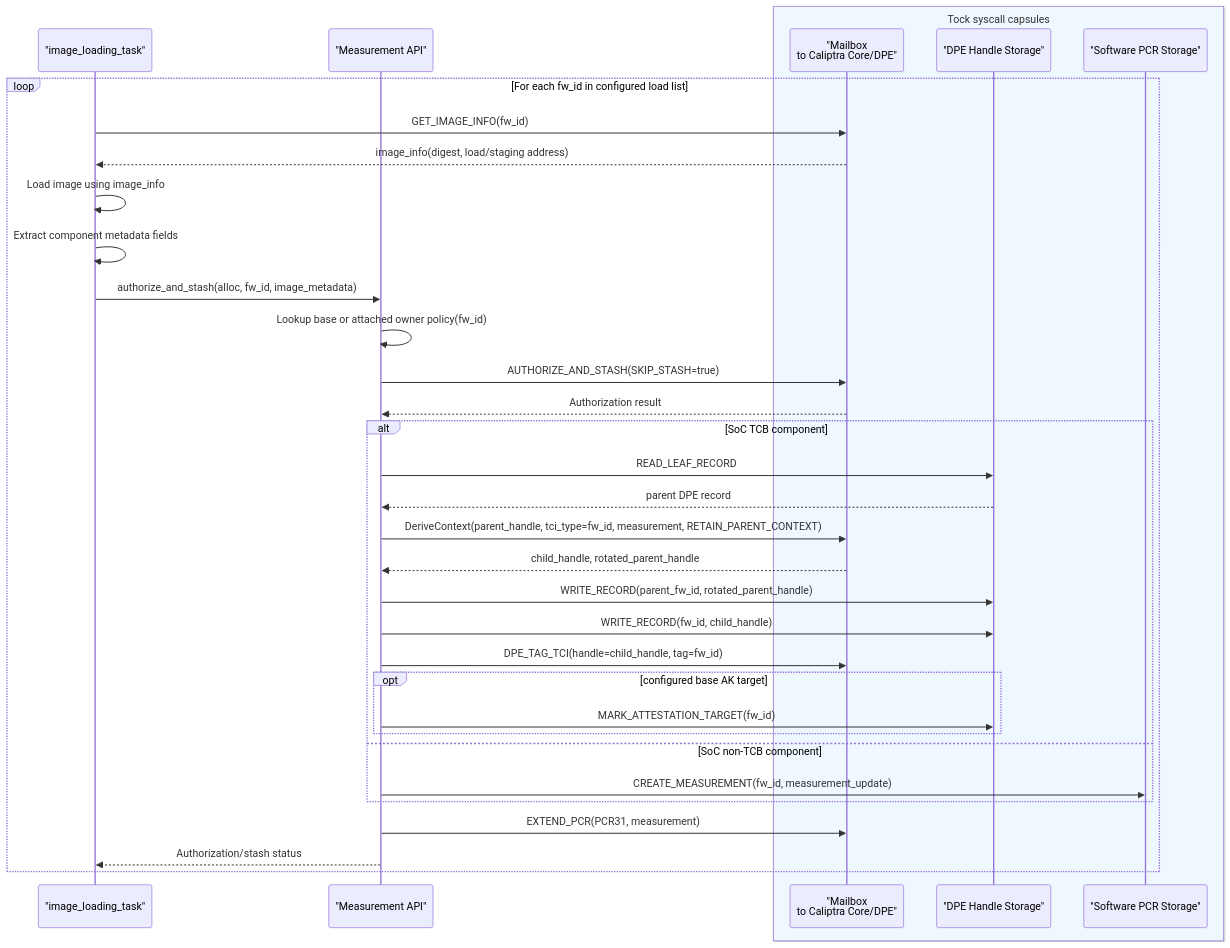
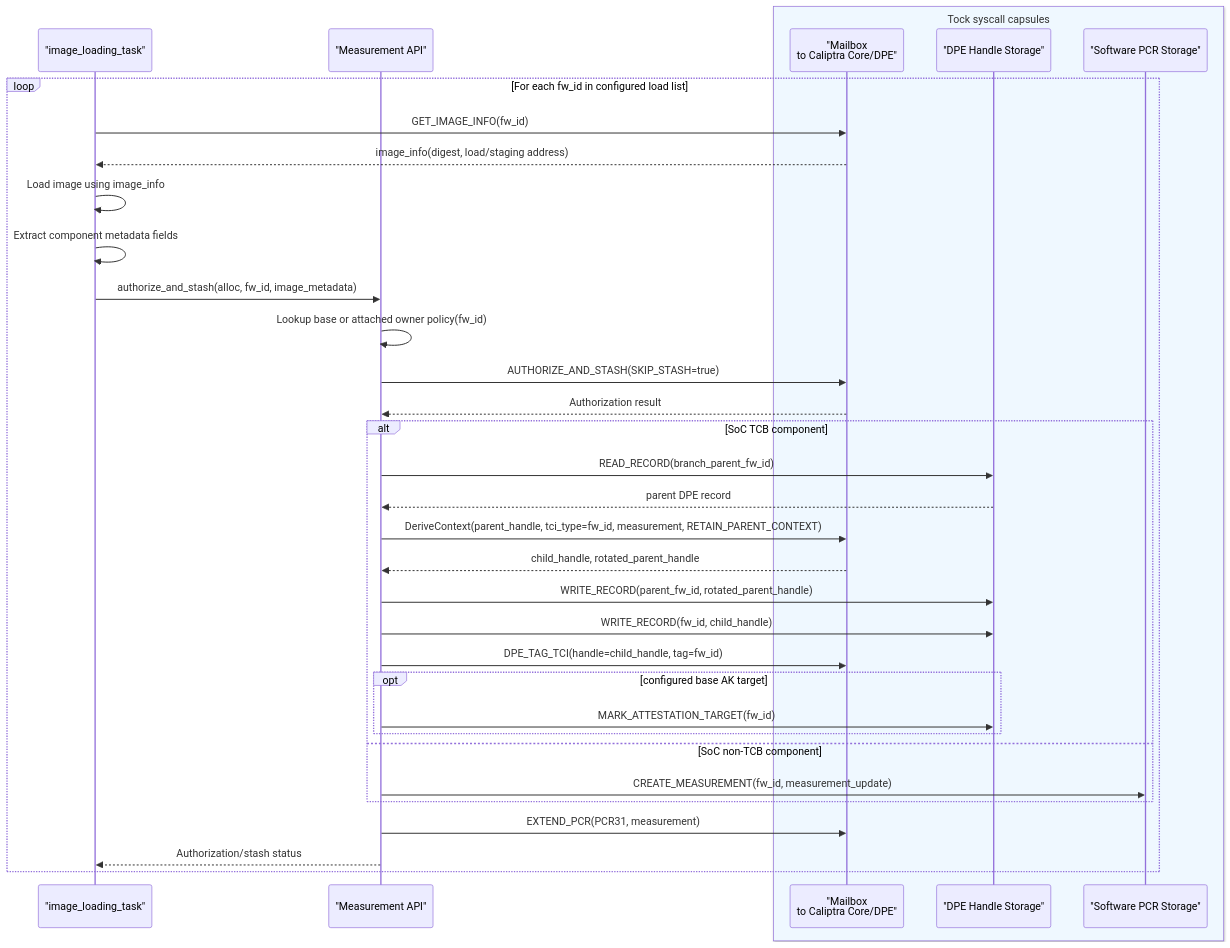
One commit to chipsalliance/caliptra-mcu-sw changed the third of 5 diagrams in docs/src/attestation-measurement-api.md. Above: the diagram before and after it, drawn with Mermaid. The commit also changed other lines of this file and 4 other files, not shown here.

````diff
--- a/docs/src/attestation-measurement-api.md
+++ b/docs/src/attestation-measurement-api.md
@@ -172,38 +173,38 @@
 ```mermaid
 sequenceDiagram
     participant Loader as "image_loading_task"
     participant MApi as "Measurement API"
     box rgb(239, 248, 255) Tock syscall capsules
         participant Mailbox as "Mailbox<br/>to Caliptra Core/DPE"
         participant DpeStore as "DPE Handle Storage"
         participant PcrStore as "Software PCR Storage"
     end
 
     loop For each fw_id in configured load list
         Loader->>Mailbox: GET_IMAGE_INFO(fw_id)
         Mailbox-->>Loader: image_info(digest, load/staging address)
         Loader->>Loader: Load image using image_info
         Loader->>Loader: Extract component metadata fields
         Loader->>MApi: authorize_and_stash(alloc, fw_id, image_metadata)
         MApi->>MApi: Lookup base or attached owner policy(fw_id)
         MApi->>Mailbox: AUTHORIZE_AND_STASH(SKIP_STASH=true)
         Mailbox-->>MApi: Authorization result
 
         alt SoC TCB component
-            MApi->>DpeStore: READ_LEAF_RECORD
+            MApi->>DpeStore: READ_RECORD(branch_parent_fw_id)
             DpeStore-->>MApi: parent DPE record
             MApi->>Mailbox: DeriveContext(parent_handle, tci_type=fw_id, measurement, RETAIN_PARENT_CONTEXT)
             Mailbox-->>MApi: child_handle, rotated_parent_handle
             MApi->>DpeStore: WRITE_RECORD(parent_fw_id, rotated_parent_handle)
             MApi->>DpeStore: WRITE_RECORD(fw_id, child_handle)
             MApi->>Mailbox: DPE_TAG_TCI(handle=child_handle, tag=fw_id)
             opt configured base AK target
                 MApi->>DpeStore: MARK_ATTESTATION_TARGET(fw_id)
             end
         else SoC non-TCB component
             MApi->>PcrStore: CREATE_MEASUREMENT(fw_id, measurement_update)
         end
         MApi->>Mailbox: EXTEND_PCR(PCR31, measurement)
         MApi-->>Loader: Authorization/stash status
     end
 ```
````
